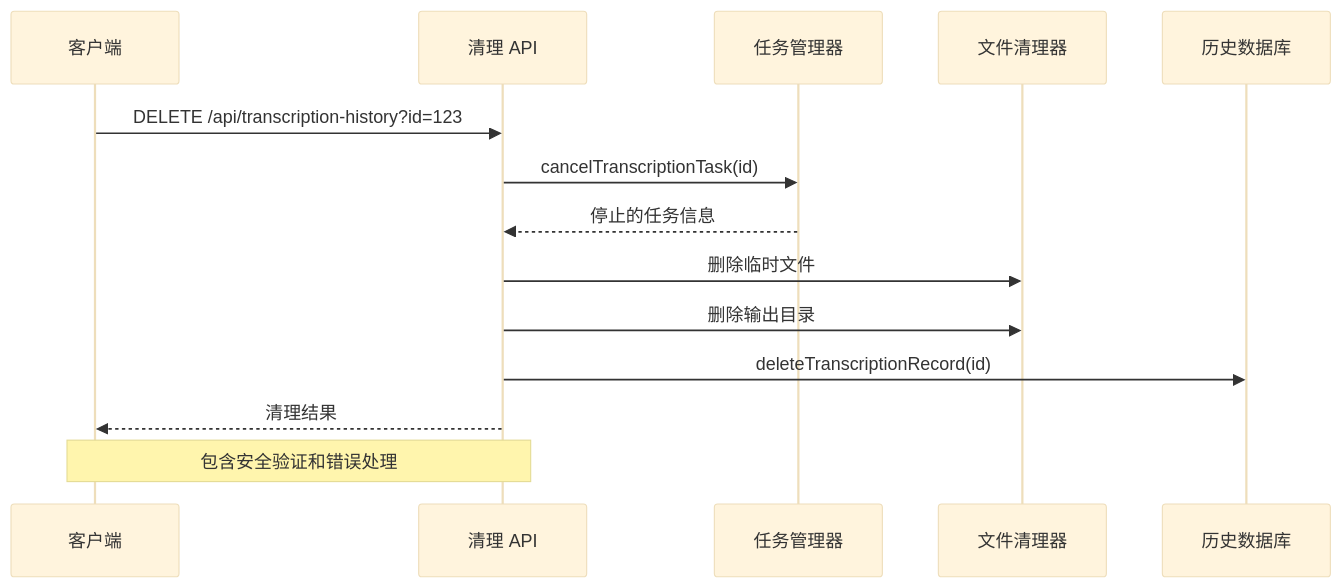
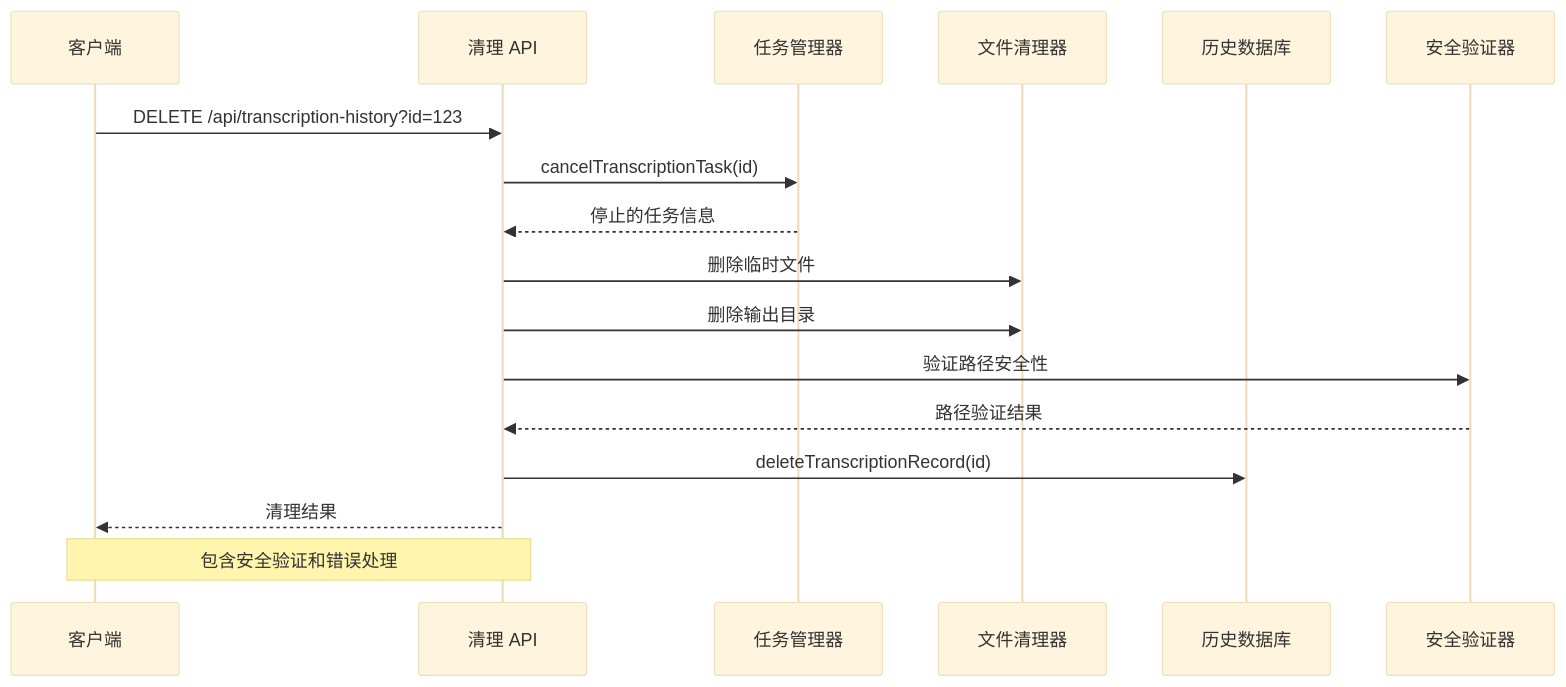
Before and after one commit to clawbotai/memo-flow: the seventh of 13 diagrams in .qoder/repowiki/zh/content/Transcription History System.md, drawn with Mermaid (base theme). The commit also changed other lines of this file and 5 other files, not shown here.

````diff
--- a/.qoder/repowiki/zh/content/Transcription History System.md
+++ b/.qoder/repowiki/zh/content/Transcription History System.md
@@ -293,16 +313,19 @@
 ```mermaid
 sequenceDiagram
 participant Client as 客户端
 participant CleanupAPI as 清理 API
 participant TaskManager as 任务管理器
 participant FileCleanup as 文件清理器
 participant HistoryDB as 历史数据库
+participant Security as 安全验证器
 Client->>CleanupAPI : DELETE /api/transcription-history?id=123
 CleanupAPI->>TaskManager : cancelTranscriptionTask(id)
 TaskManager-->>CleanupAPI : 停止的任务信息
 CleanupAPI->>FileCleanup : 删除临时文件
 CleanupAPI->>FileCleanup : 删除输出目录
+CleanupAPI->>Security : 验证路径安全性
+Security-->>CleanupAPI : 路径验证结果
 CleanupAPI->>HistoryDB : deleteTranscriptionRecord(id)
 CleanupAPI-->>Client : 清理结果
 Note over Client,CleanupAPI : 包含安全验证和错误处理
 ```
````
